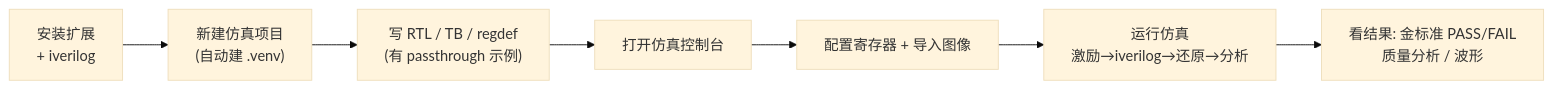
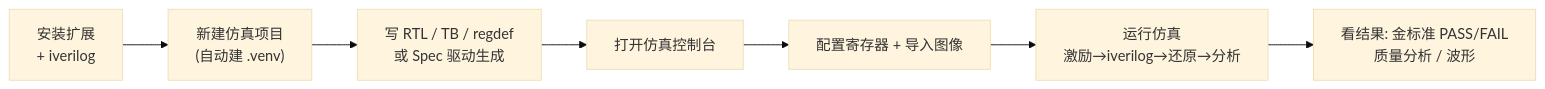
Before and after one commit to butonlyif/video_sim: the diagram in release/README.md, drawn with Mermaid (base theme). The commit also changed other lines of this file and 4 other files, not shown here.

````diff
--- a/release/README.md
+++ b/release/README.md
@@ -55,9 +56,9 @@
 ```mermaid
 flowchart LR
     A["安装扩展<br>+ iverilog"] --> B["新建仿真项目<br>(自动建 .venv)"]
-    B --> C["写 RTL / TB / regdef<br>(有 passthrough 示例)"]
+    B --> C["写 RTL / TB / regdef<br>或 Spec 驱动生成"]
     C --> D["打开仿真控制台"]
     D --> E["配置寄存器 + 导入图像"]
     E --> F["运行仿真<br>激励→iverilog→还原→分析"]
     F --> G["看结果: 金标准 PASS/FAIL<br>质量分析 / 波形"]
 ```
````
